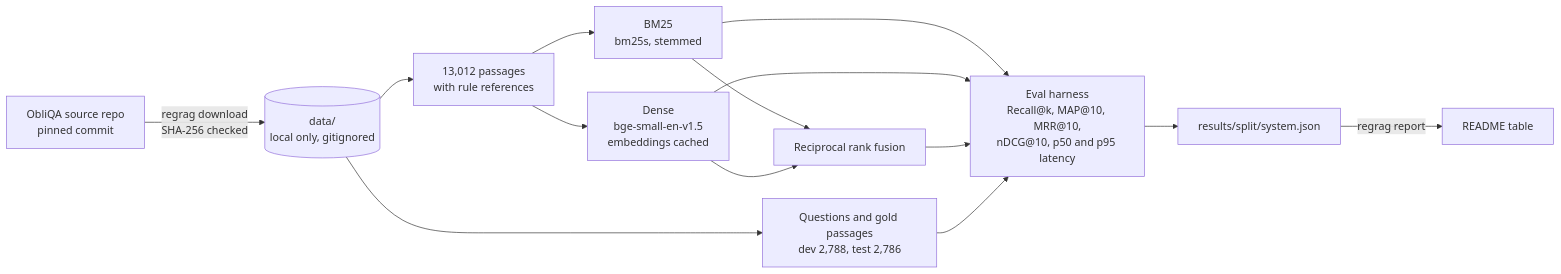
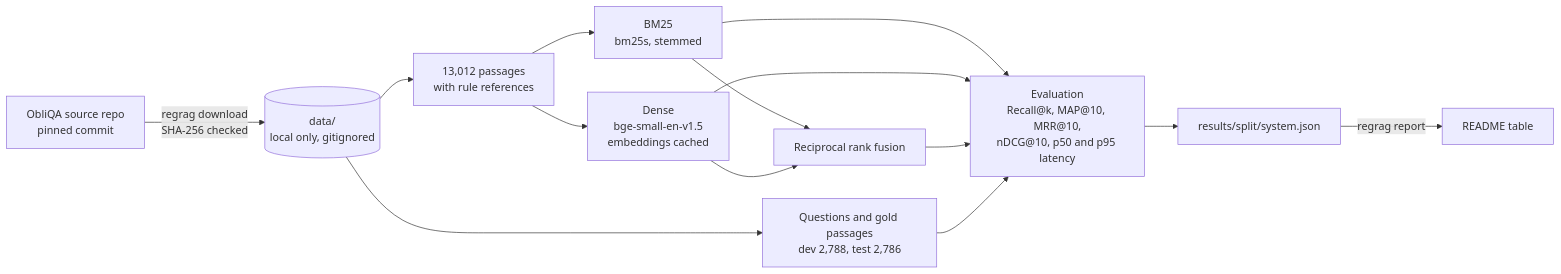
One commit to talalz94/regrag-uae changed the diagram in README.md. Above: the diagram before and after it, drawn with Mermaid. The commit also changed other lines of this file and 29 other files, not shown here.

First line of the commit message:
Order rankings as trec_eval does, check the data before use, and rerun every system

````diff
--- a/README.md
+++ b/README.md
@@ -91,16 +91,16 @@
 ```mermaid
 flowchart LR
     src["ObliQA source repo<br/>pinned commit"] -->|"regrag download<br/>SHA-256 checked"| data[("data/<br/>local only, gitignored")]
     data --> corpus["13,012 passages<br/>with rule references"]
     data --> qs["Questions and gold passages<br/>dev 2,788, test 2,786"]
     corpus --> bm25["BM25<br/>bm25s, stemmed"]
     corpus --> dense["Dense<br/>bge-small-en-v1.5<br/>embeddings cached"]
     bm25 --> rrf["Reciprocal rank fusion"]
     dense --> rrf
-    bm25 --> harness
-    dense --> harness
-    rrf --> harness["Eval harness<br/>Recall@k, MAP@10, MRR@10,<br/>nDCG@10, p50 and p95 latency"]
-    qs --> harness
-    harness --> json["results/split/system.json"]
+    bm25 --> evaluation
+    dense --> evaluation
+    rrf --> evaluation["Evaluation<br/>Recall@k, MAP@10, MRR@10,<br/>nDCG@10, p50 and p95 latency"]
+    qs --> evaluation
+    evaluation --> json["results/split/system.json"]
     json -->|"regrag report"| readme["README table"]
 ```
````
